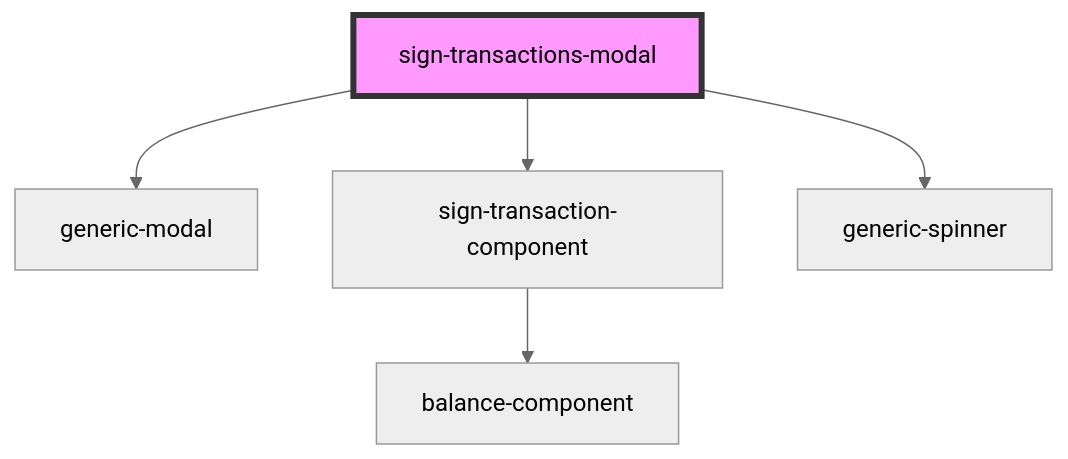
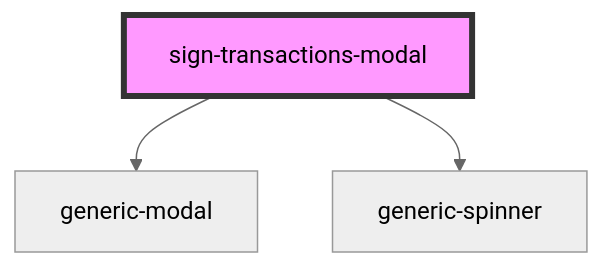
The diagram in src/components/sign-transactions-modal/readme.md (multiversx/mx-sdk-dapp-ui), drawn with Mermaid (neutral theme) before and after one commit. The commit also changed other lines of this file and 14 other files, not shown here.

````diff
--- a/src/components/sign-transactions-modal/readme.md
+++ b/src/components/sign-transactions-modal/readme.md
@@ -37,8 +36,6 @@
 ```mermaid
 graph TD;
   sign-transactions-modal --> generic-modal
-  sign-transactions-modal --> sign-transaction-component
   sign-transactions-modal --> generic-spinner
-  sign-transaction-component --> balance-component
   style sign-transactions-modal fill:#f9f,stroke:#333,stroke-width:4px
 ```
````
